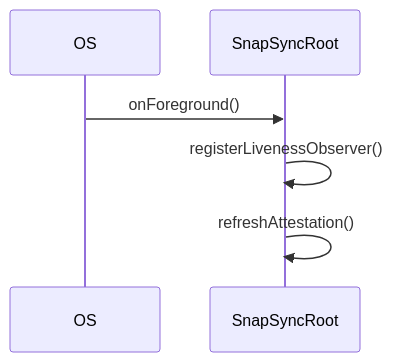
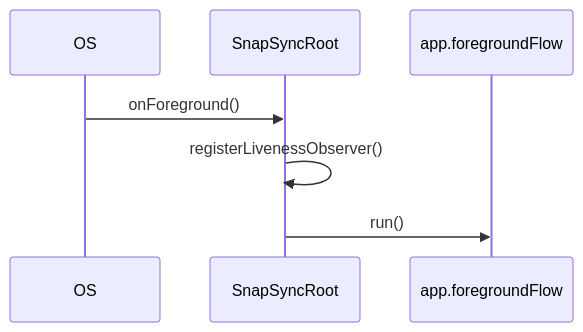
The diagram in architecture/flows/onForeground.md (stefanhoelzl/SnapSync), drawn with Mermaid before and after one commit. The commit also changed other lines of this file and 31 other files, not shown here.

````diff
--- a/architecture/flows/onForeground.md
+++ b/architecture/flows/onForeground.md
@@ -12,8 +12,9 @@
 ```mermaid
 sequenceDiagram
   participant OS
   participant SnapSyncRoot
+  participant app_foregroundFlow as app.foregroundFlow
   OS->>SnapSyncRoot: onForeground()
   SnapSyncRoot->>SnapSyncRoot: registerLivenessObserver()
-  SnapSyncRoot->>SnapSyncRoot: refreshAttestation()
+  SnapSyncRoot->>app_foregroundFlow: run()
 ```
````
